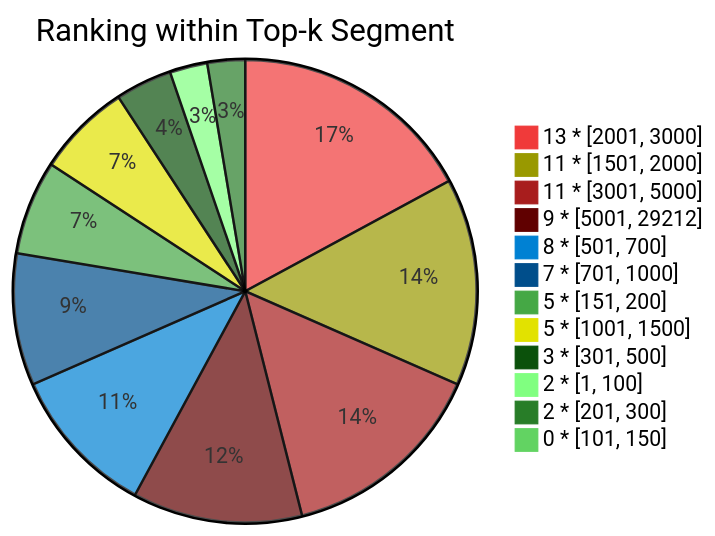
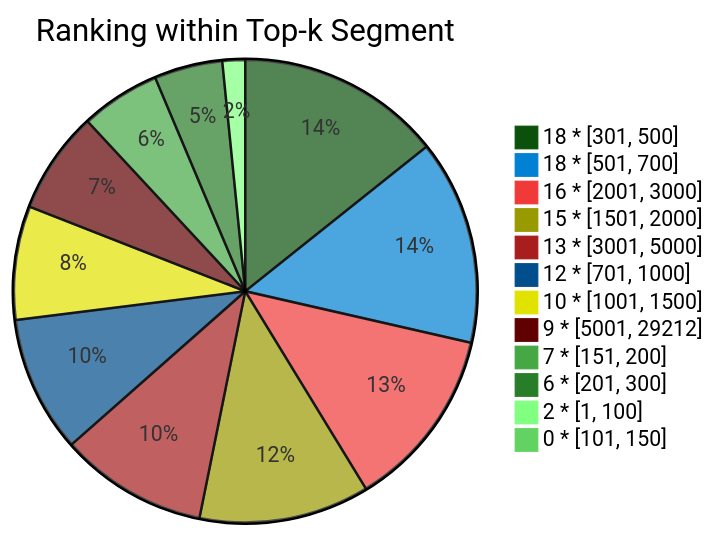
The third of 3 diagrams in README.md (M1ngXU/aoc-stats), drawn with Mermaid before and after one commit. The commit also changed other lines of this file and 4 other files, not shown here.

````diff
--- a/README.md
+++ b/README.md
@@ -34,17 +56,17 @@
 ```mermaid
-%%{init: {"themeVariables": {"pie1": "#f03a3a", "pie2": "#999900", "pie3": "#a81d1d", "pie4": "#600000", "pie5": "#0081d3", "pie6": "#004e8b", "pie7": "#45a845", "pie8": "#e2e200", "pie9": "#0b510b", "pie10": "#80ff80", "pie11": "#287d28", "pie12": "#62d362"}}}%%
+%%{init: {"themeVariables": {"pie1": "#0b510b", "pie2": "#0081d3", "pie3": "#f03a3a", "pie4": "#999900", "pie5": "#a81d1d", "pie6": "#004e8b", "pie7": "#e2e200", "pie8": "#600000", "pie9": "#45a845", "pie10": "#287d28", "pie11": "#80ff80", "pie12": "#62d362"}}}%%
 pie
 title Ranking within Top-k Segment
-"13 * [2001, 3000]": 13
-"11 * [1501, 2000]": 11
-"11 * [3001, 5000]": 11
+"18 * [301, 500]": 18
+"18 * [501, 700]": 18
+"16 * [2001, 3000]": 16
+"15 * [1501, 2000]": 15
+"13 * [3001, 5000]": 13
+"12 * [701, 1000]": 12
+"10 * [1001, 1500]": 10
 "9 * [5001, 29212]": 9
-"8 * [501, 700]": 8
-"7 * [701, 1000]": 7
-"5 * [151, 200]": 5
-"5 * [1001, 1500]": 5
-"3 * [301, 500]": 3
+"7 * [151, 200]": 7
+"6 * [201, 300]": 6
 "2 * [1, 100]": 2
-"2 * [201, 300]": 2
 "0 * [101, 150]": 0
 ```
````
